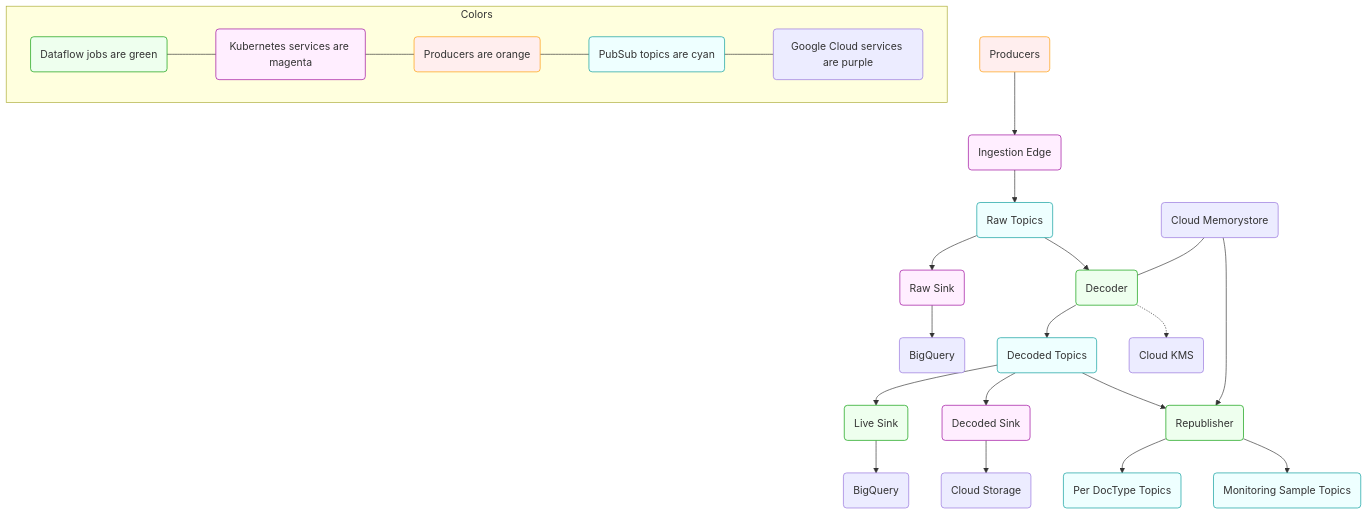
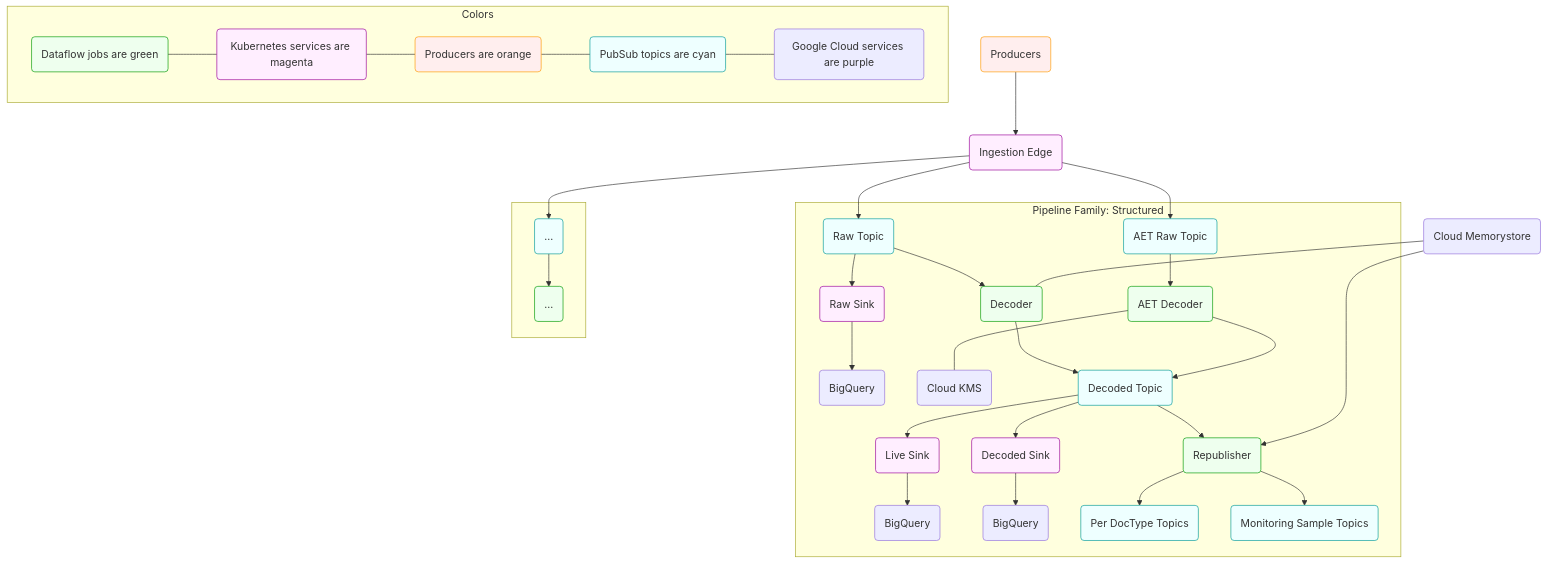
One commit to mozilla/gcp-ingestion changed the diagram in docs/architecture/diagram.mmd. Above: the diagram before and after it, drawn with Mermaid. The commit also changed 2 other files, not shown here.

Commit message:
Update architecture overview
This corrects info on how AET support is deployed, updates some outdated info
(sinks are now all Kube jobs rather than Dataflow), and now mentions the
concept of pipeline families.

```diff
--- a/docs/architecture/diagram.mmd
+++ b/docs/architecture/diagram.mmd
@@ -1,48 +1,60 @@
 %% To install the mmdc command run:
 %%   npm install -g mermaid.cli
 %% To update this file run:
 %%   mmdc -i diagram.mmd -o diagram.svg
 %% Or use the docker wrapper in this repo (from the top-level directory):
 %%   ./bin/update-diagrams
 
 graph TD
 
 f1(Producers) --> k1(Ingestion Edge)
-k1 --> p1(Raw Topics)
-p1 --> k2(Raw Sink)
-k2 --> c1(BigQuery)
-p1 --> d2(Decoder)
+k1 --> p1(Raw Topic)
+k1 --> p1aet(AET Raw Topic)
+k1 --> p99(...)
+
+subgraph Pipeline Family: Structured
+    p1 --> k2(Raw Sink)
+    k2 --> c1(BigQuery)
+    p1 --> d2(Decoder)
+    p1aet --> d2aet(AET Decoder)
+    d2aet --- m2(Cloud KMS)
+    d2 --> p2(Decoded Topic)
+    d2aet --> p2
+    p2 --> d3(Live Sink)
+    d3 --> b1(BigQuery)
+    p2 --> k3(Decoded Sink)
+    k3 --> c2(BigQuery)
+    p2 --> d5(Republisher)
+    d5 --> p5(Per DocType Topics)
+    d5 --> p6(Monitoring Sample Topics)
+end
+
+subgraph .
+   p99 --> d99(...)
+end
+
+m1 --> d5
 m1(Cloud Memorystore) --- d2
-d2 --> p2(Decoded Topics)
-p2 --> d3(Live Sink)
-d3 --> b1(BigQuery)
-p2 --> k3(Decoded Sink)
-k3 --> c2(Cloud Storage)
-p2 --> d5(Republisher)
-m1 --> d5
-d5 --> p5(Per DocType Topics)
-d5 --> p6(Monitoring Sample Topics)
-d2 -.-> m2(Cloud KMS)
 
 subgraph Colors
     d(Dataflow jobs are green)
     k(Kubernetes services are magenta)
     f(Producers are orange)
     p(PubSub topics are cyan)
     g(Google Cloud services are purple)
 
     %% connect them to make the key vertical
     d --- k
     k --- f
     f --- p
     p --- g
 end
 
 classDef cyan fill:#eff,stroke:#099;
 classDef green fill:#efe,stroke:#090;
 classDef magenta fill:#fef,stroke:#909;
 classDef orange fill:#fee,stroke:#f90;
-class p,p0,p1,p2,p3,p4,p5,p6 cyan
-class d,d0,d2,d3,d5 green
-class k,k0,k1,k2,k3 magenta
+class p,p0,p1,p1aet,p2,p3,p4,p5,p6,p99 cyan
+class d,d0,d2,d2aet,d5,d99 green
+class k,k0,k1,k2,k3,d3 magenta
 class f,f1 orange
```
